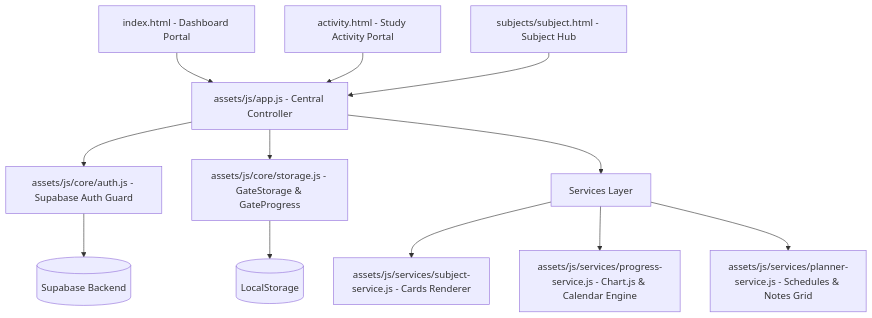
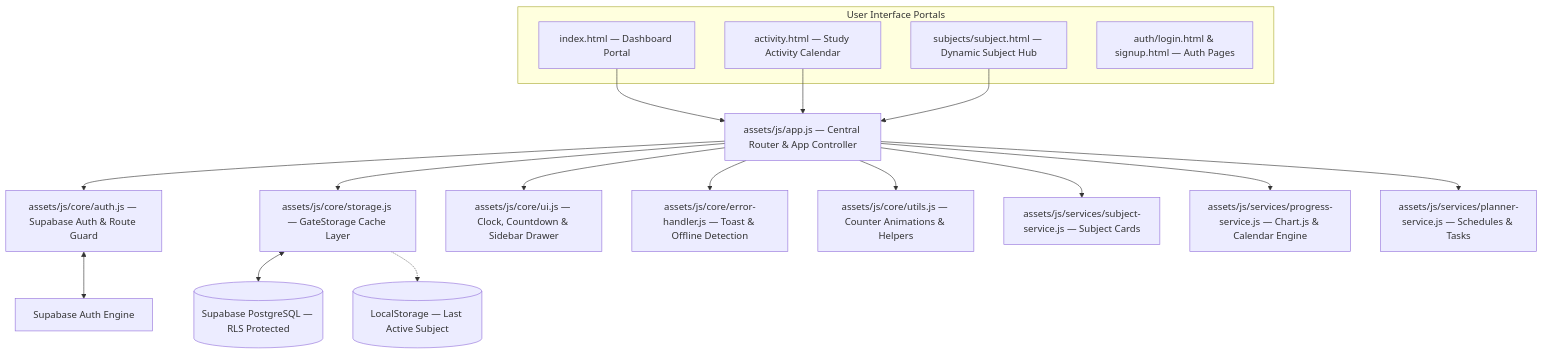
The diagram in README.md (Hit-Damani/GATE), drawn with Mermaid before and after one commit. The commit also changed other lines of this file, not shown here.

Commit message:
update README.md file according to current architecture

````diff
--- a/README.md
+++ b/README.md
@@ -21,21 +41,32 @@
 ```mermaid
 graph TD
     %% Portals
-    A[index.html - Dashboard Portal] --> APP[assets/js/app.js - Central Controller]
-    ACT[activity.html - Study Activity Portal] --> APP
-    SUB[subjects/subject.html - Subject Hub] --> APP
+    subgraph UI_Portals [User Interface Portals]
+        DASH[index.html — Dashboard Portal]
+        ACT[activity.html — Study Activity Calendar]
+        SUB[subjects/subject.html — Dynamic Subject Hub]
+        AUTH_UI[auth/login.html & signup.html — Auth Pages]
+    end
+
+    %% Router & Controller
+    DASH --> APP[assets/js/app.js — Central Router & App Controller]
+    ACT --> APP
+    SUB --> APP
     
-    %% Config & Core Auth
-    APP --> AUTH[assets/js/core/auth.js - Supabase Auth Guard]
-    AUTH --> SUPA[(Supabase Backend)]
-    
-    %% Data Flow
-    APP --> STORE[assets/js/core/storage.js - GateStorage & GateProgress]
-    STORE --> LOCAL[(LocalStorage)]
-    
-    %% Services
-    APP --> SVCS[Services Layer]
-    SVCS --> SUBSVC[assets/js/services/subject-service.js - Cards Renderer]
-    SVCS --> PROGSVC[assets/js/services/progress-service.js - Chart.js & Calendar Engine]
-    SVCS --> PLANSVC[assets/js/services/planner-service.js - Schedules & Notes Grid]
+    %% Core Engines
+    APP --> AUTH[assets/js/core/auth.js — Supabase Auth & Route Guard]
+    APP --> STORE[assets/js/core/storage.js — GateStorage Cache Layer]
+    APP --> UI[assets/js/core/ui.js — Clock, Countdown & Sidebar Drawer]
+    APP --> ERR[assets/js/core/error-handler.js — Toast & Offline Detection]
+    APP --> UTILS[assets/js/core/utils.js — Counter Animations & Helpers]
+
+    %% Service Layer
+    APP --> SUBSVC[assets/js/services/subject-service.js — Subject Cards]
+    APP --> PROGSVC[assets/js/services/progress-service.js — Chart.js & Calendar Engine]
+    APP --> PLANSVC[assets/js/services/planner-service.js — Schedules & Tasks]
+
+    %% Data & Backend
+    STORE <--> SUPA_DB[(Supabase PostgreSQL — RLS Protected)]
+    AUTH <--> SUPA_AUTH[Supabase Auth Engine]
+    STORE -.-> LOCAL[(LocalStorage — Last Active Subject)]
 ```
````
